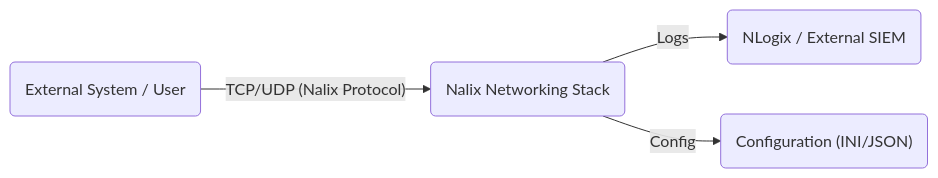
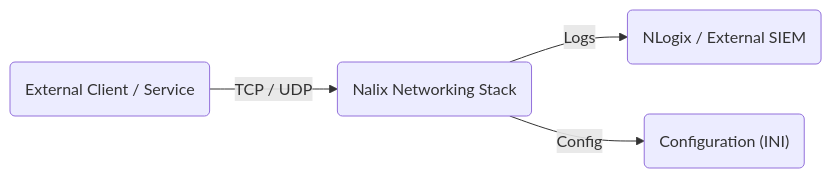
One commit to ppn-systems/Nalix changed the first of 3 diagrams in docs/concepts/architecture.md. Above: the diagram before and after it, drawn with Mermaid. The commit also changed other lines of this file and 75 other files, not shown here.

````diff
--- a/docs/concepts/architecture.md
+++ b/docs/concepts/architecture.md
@@ -10,6 +9,6 @@
 ```mermaid
 graph LR
-    User("External System / User") -- "TCP/UDP (Nalix Protocol)" --> Stack("Nalix Networking Stack")
+    User("External Client / Service") -- "TCP / UDP" --> Stack("Nalix Networking Stack")
     Stack -- "Logs" --> Logging("NLogix / External SIEM")
-    Stack -- "Config" --> Config("Configuration (INI/JSON)")
+    Stack -- "Config" --> Config("Configuration (INI)")
 ```
````
